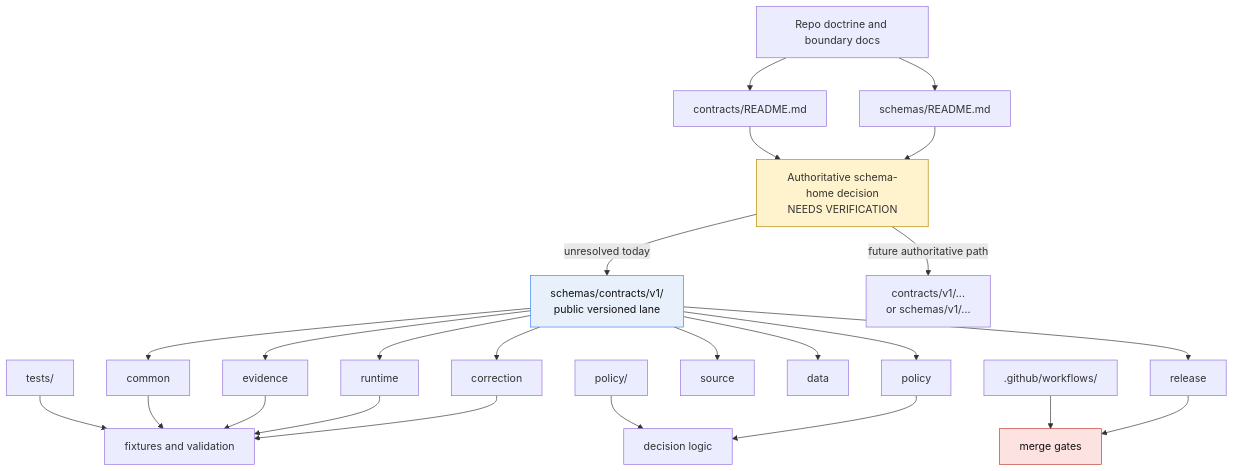
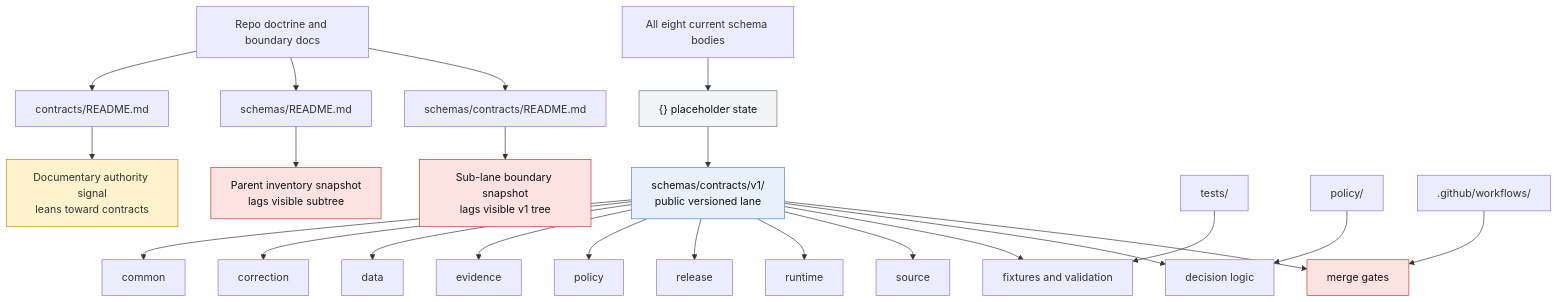
One commit to bartytime4life/Kansas-Frontier-Matrix changed the diagram in schemas/contracts/v1/README.md. Above: the diagram before and after it, drawn with Mermaid. The commit also changed other lines of this file, not shown here.

First line of the commit message:
Revise README for schemas/contracts/v1 with updates

````diff
--- a/schemas/contracts/v1/README.md
+++ b/schemas/contracts/v1/README.md
@@ -273,34 +305,37 @@
 ```mermaid
 flowchart TD
     A[Repo doctrine and boundary docs] --> B[contracts/README.md]
     A --> C[schemas/README.md]
-    B --> D[Authoritative schema-home decision\nNEEDS VERIFICATION]
-    C --> D
+    A --> D[schemas/contracts/README.md]
 
-    D -->|unresolved today| E[schemas/contracts/v1/\npublic versioned lane]
-    D -->|future authoritative path| F[contracts/v1/...\nor schemas/v1/...]
+    B --> E[Documentary authority signal\nleans toward contracts]
+    C --> F[Parent inventory snapshot\nlags visible subtree]
+    D --> G[Sub-lane boundary snapshot\nlags visible v1 tree]
 
-    E --> G[common]
-    E --> H[policy]
-    E --> I[evidence]
-    E --> J[runtime]
-    E --> K[correction]
-    E --> L[release]
-    E --> M[source]
-    E --> N[data]
+    H[schemas/contracts/v1/\npublic versioned lane] --> I[common]
+    H --> J[correction]
+    H --> K[data]
+    H --> L[evidence]
+    H --> M[policy]
+    H --> N[release]
+    H --> O[runtime]
+    H --> P[source]
 
-    O[tests/] --> P[fixtures and validation]
-    Q[policy/] --> R[decision logic]
-    S[.github/workflows/] --> T[merge gates]
+    Q[All eight current schema bodies] --> R["{} placeholder state"]
+    R --> H
 
-    G --> P
-    H --> R
-    I --> P
-    J --> P
-    K --> P
-    L --> T
+    S[tests/] --> T[fixtures and validation]
+    U[policy/] --> V[decision logic]
+    W[.github/workflows/] --> X[merge gates]
 
-    style D fill:#fff3cd,stroke:#b58900,color:#333
-    style E fill:#e8f1fb,stroke:#3b82f6,color:#111
-    style T fill:#fde2e2,stroke:#c0392b,color:#111
+    H --> T
+    H --> V
+    H --> X
+
+    style E fill:#fff3cd,stroke:#b58900,color:#333
+    style F fill:#fde2e2,stroke:#c0392b,color:#111
+    style G fill:#fde2e2,stroke:#c0392b,color:#111
+    style H fill:#e8f1fb,stroke:#3b82f6,color:#111
+    style R fill:#f3f4f6,stroke:#6b7280,color:#111
+    style X fill:#fde2e2,stroke:#c0392b,color:#111
 ```
````
